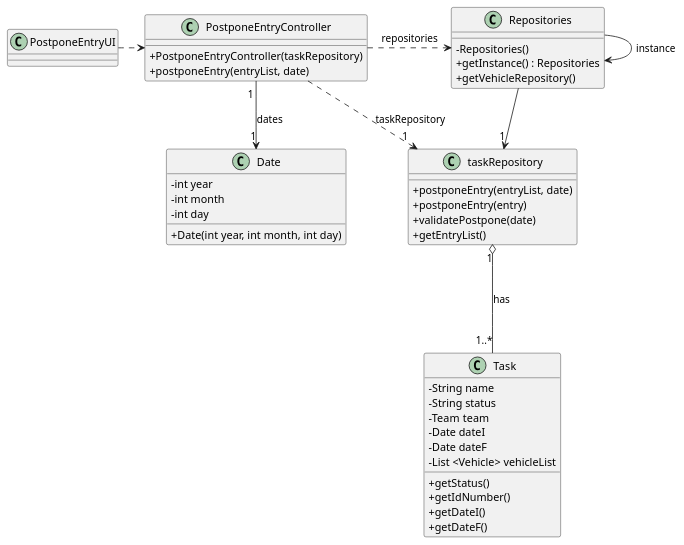
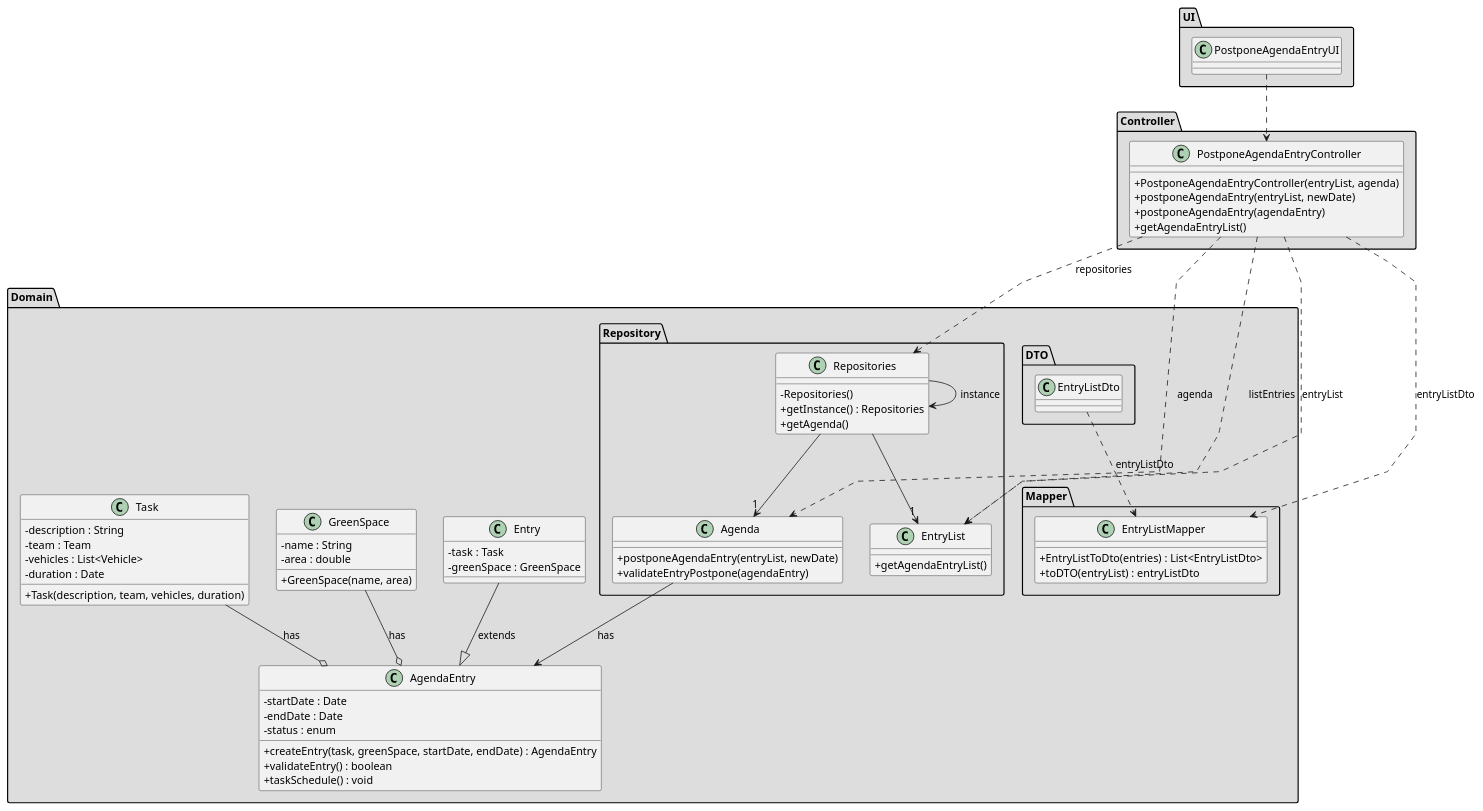
Before and after one commit to diogoveirospro/lei-24-s2-1dg-g072: the diagram in docs/sprintC/us024/03.design/puml/us024-class-diagram.puml, drawn with PlantUML. The commit also changed 3 other files, not shown here.

```diff
--- a/docs/sprintC/us024/03.design/puml/us024-class-diagram.puml
+++ b/docs/sprintC/us024/03.design/puml/us024-class-diagram.puml
@@ -1,68 +1,120 @@
 @startuml
 'skinparam monochrome true
 skinparam packageStyle rectangle
 skinparam shadowing false
 skinparam linetype polyline
 'skinparam linetype orto
 
 skinparam classAttributeIconSize 0
 
 'left to right direction
 
+package "UI" <<Folder>> #DDDDDD {
+
+class PostponeAgendaEntryUI {
+}
+
+}
+
+package "Controller" <<Folder>> #DDDDDD {
+class PostponeAgendaEntryController {
+    + PostponeAgendaEntryController(entryList, agenda)
+    + postponeAgendaEntry(entryList, newDate)
+    + postponeAgendaEntry(agendaEntry)
+    + getAgendaEntryList()
+}
+
+}
+
+package "Domain" <<Folder>> #DDDDDD {
+
+package "Repository" <<Folder>> #DDDDDD {
+
 class Repositories {
     - Repositories()
     + getInstance() : Repositories
-    + getVehicleRepository()
-}
-
-class PostponeEntryController {
-    + PostponeEntryController(taskRepository)
-    + postponeEntry(entryList, date)
-}
-
-class Date {
-    - int year
-    - int month
-    - int day
-    + Date(int year, int month, int day)
-}
-
-class taskRepository{
-    + postponeEntry(entryList, date)
-    + postponeEntry(entry)
-    + validatePostpone(date)
-    + getEntryList()
-}
-
-class PostponeEntryUI {
-}
-
-class Task{
-    - String name
-    - String status
-    - Team team
-    - Date dateI
-    - Date dateF
-    - List <Vehicle> vehicleList
-    + getStatus()
-    + getIdNumber()
-    + getDateI()
-    + getDateF()
+    + getAgenda()
 
 }
 
-Repositories -> Repositories : instance
 
-PostponeEntryUI .> PostponeEntryController
-PostponeEntryController .> "1" taskRepository : taskRepository
+class Agenda {
+    + postponeAgendaEntry(entryList, newDate)
+    + validateEntryPostpone(agendaEntry)
+}
+
+class EntryList{
+    + getAgendaEntryList()
+}
+
+}
+
+class Entry {
+    - task : Task
+    - greenSpace : GreenSpace
+}
+
+class AgendaEntry {
+    -startDate : Date
+    -endDate : Date
+    -status : enum
+    +createEntry(task, greenSpace, startDate, endDate) : AgendaEntry
+    +validateEntry() : boolean
+    +taskSchedule() : void
+}
+
+class GreenSpace {
+    - name : String
+    - area : double
+    + GreenSpace(name, area)
+}
+
+class Task {
+    - description : String
+    - team : Team
+    - vehicles : List<Vehicle>
+    - duration : Date
+    + Task(description, team, vehicles, duration)
+}
 
 
-Repositories --> "1" taskRepository
 
-PostponeEntryController .> Repositories : repositories
 
-PostponeEntryController "1 "--> "1" Date : dates
+package "Mapper" <<Folder>> #DDDDDD {
+class EntryListMapper {
+    +EntryListToDto(entries) : List<EntryListDto>
+    +toDTO(entryList) : entryListDto
+}
 
-taskRepository "1" o--- "1..*"Task : has
+}
+
+package "DTO" <<Folder>> #DDDDDD {
+class EntryListDto{
+}
+
+}
+
+
+PostponeAgendaEntryUI ..> PostponeAgendaEntryController
+
+Repositories --> Repositories : instance
+PostponeAgendaEntryController ..> Repositories : repositories
+PostponeAgendaEntryController ..> EntryListMapper : entryListDto
+
+Repositories -->"1" EntryList
+PostponeAgendaEntryController ..> EntryList : listEntries
+PostponeAgendaEntryController ..> EntryList : entryList
+
+
+EntryListDto ..> EntryListMapper : entryListDto
+
+
+Repositories --> "1" Agenda
+PostponeAgendaEntryController ..> Agenda : agenda
+Agenda --> AgendaEntry : has
+GreenSpace --o AgendaEntry : has
+Task --o AgendaEntry : has
+
+Entry --|> AgendaEntry : extends
 
 @enduml
```
